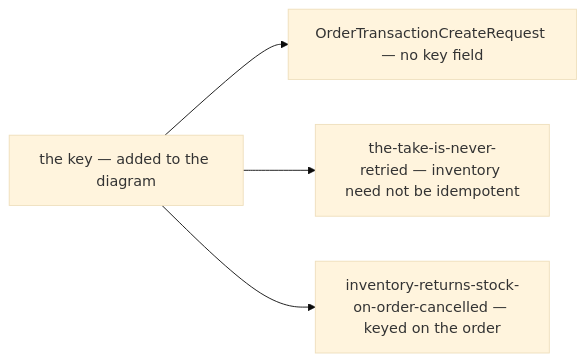
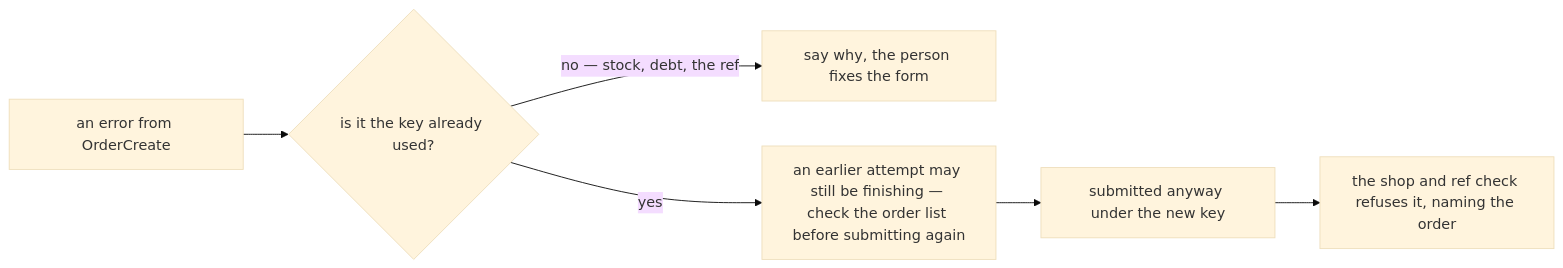
Before and after one commit to pdcgo/warehouse_revamp: the second of 4 diagrams in docs/business/order/order_creation_clarify.md, drawn with Mermaid (base theme). The commit also changed other lines of this file and 4 other files, not shown here.

First line of the commit message:
docs(order): the idempotency key's loop, its event name, and what the key work still leaves open

````diff
--- a/docs/business/order/order_creation_clarify.md
+++ b/docs/business/order/order_creation_clarify.md
@@ -129,6 +85,8 @@
 ```mermaid
 flowchart LR
-  K["the key — added to the diagram"] --> P["OrderTransactionCreateRequest — no key field"]
-  K --> N["the-take-is-never-retried — inventory need not be idempotent"]
-  K --> C["inventory-returns-stock-on-order-cancelled — keyed on the order"]
+  E["an error from OrderCreate"] --> Q{"is it the key already used?"}
+  Q -->|"no — stock, debt, the ref"| M1["say why, the person fixes the form"]
+  Q -->|"yes"| M2["an earlier attempt may still be finishing — check the order list before submitting again"]
+  M2 --> S["submitted anyway under the new key"]
+  S --> R["the shop and ref check refuses it, naming the order"]
 ```
````
